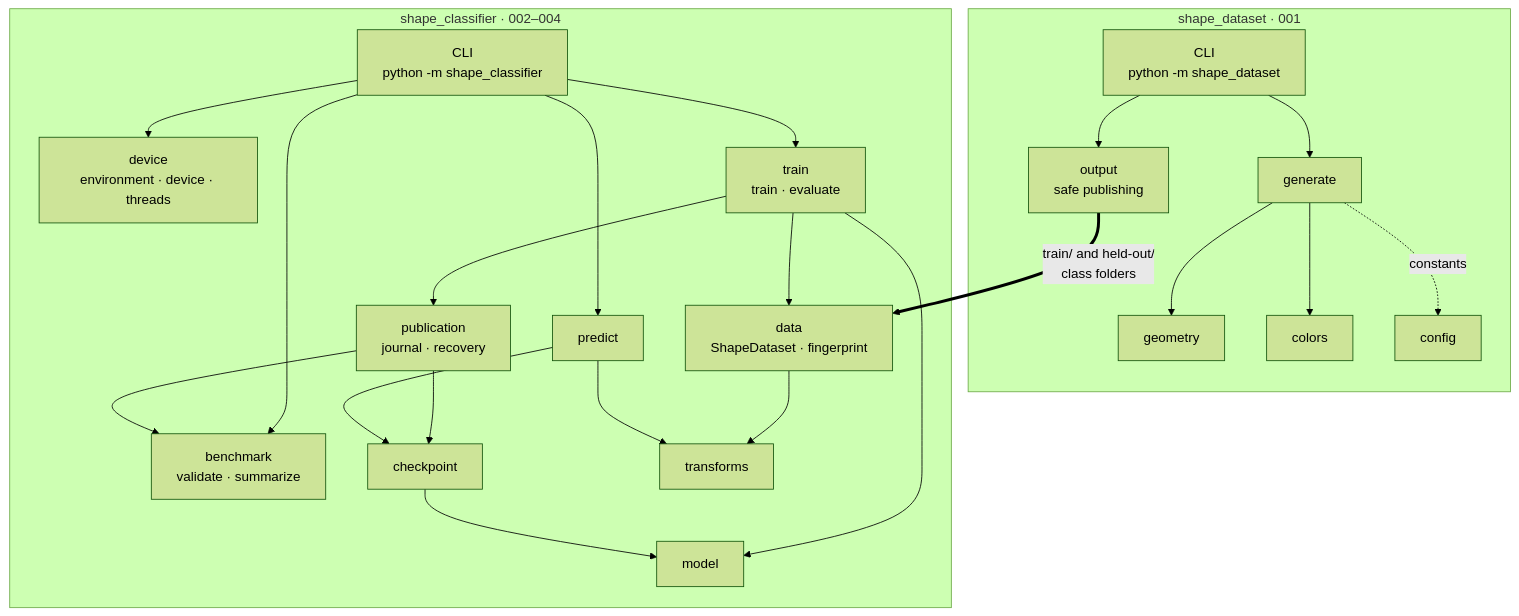
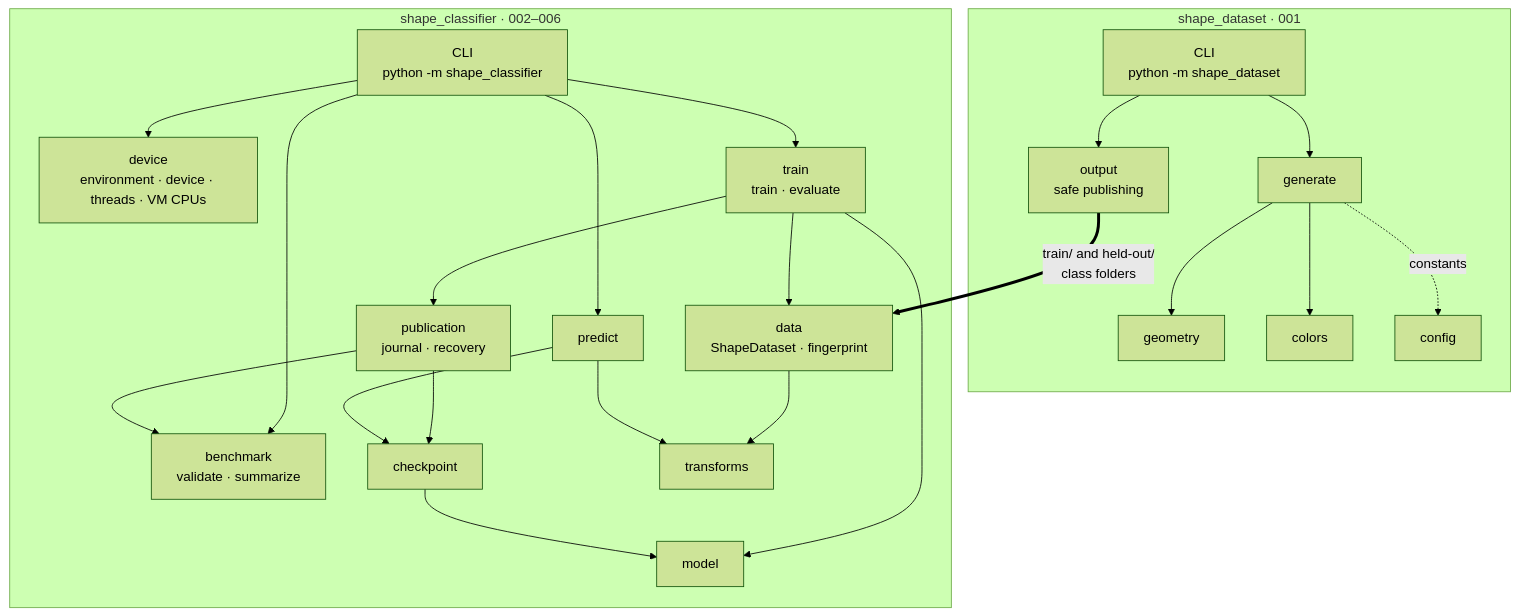
The second of 15 diagrams in CNN/image_classification/docs/hld/hld.md (nal/ML), drawn with Mermaid (forest theme) before and after one commit. The commit also changed other lines of this file and 1 other file, not shown here.

````diff
--- a/CNN/image_classification/docs/hld/hld.md
+++ b/CNN/image_classification/docs/hld/hld.md
@@ -70,28 +79,28 @@
 ```mermaid
 flowchart TB
   subgraph ds["shape_dataset · 001"]
     dmain["CLI<br/>python -m shape_dataset"] --> dgen[generate]
     dgen --> dgeo[geometry]
     dgen --> dcol[colors]
     dgen -. constants .-> dcfg[config]
     dmain --> dout["output<br/>safe publishing"]
   end
 
-  subgraph sc["shape_classifier · 002–004"]
-    cmain["CLI<br/>python -m shape_classifier"] --> cdev["device<br/>environment · device · threads"]
+  subgraph sc["shape_classifier · 002–006"]
+    cmain["CLI<br/>python -m shape_classifier"] --> cdev["device<br/>environment · device · threads · VM CPUs"]
     cmain --> ctrain["train<br/>train · evaluate"]
     cmain --> cpred[predict]
     cmain --> cbench["benchmark<br/>validate · summarize"]
     ctrain --> cdata["data<br/>ShapeDataset · fingerprint"]
     ctrain --> cmodel[model]
     ctrain --> cpub["publication<br/>journal · recovery"]
     cpub --> cckpt[checkpoint]
     cpub --> cbench
     cpred --> cckpt
     cckpt --> cmodel
     cdata --> ctf[transforms]
     cpred --> ctf
   end
 
   dout == "train/ and held-out/<br/>class folders" ==> cdata
 ```
````
